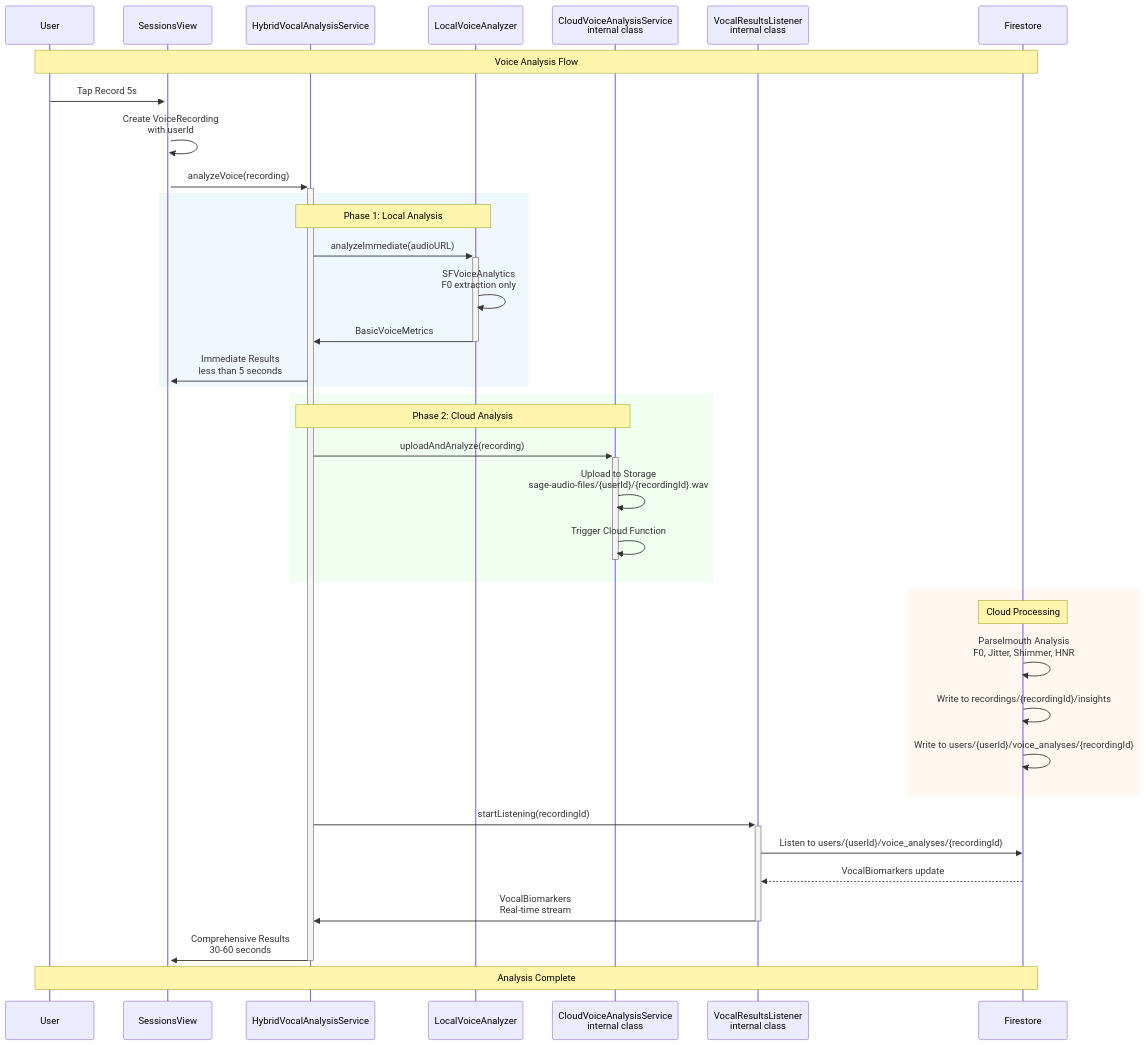
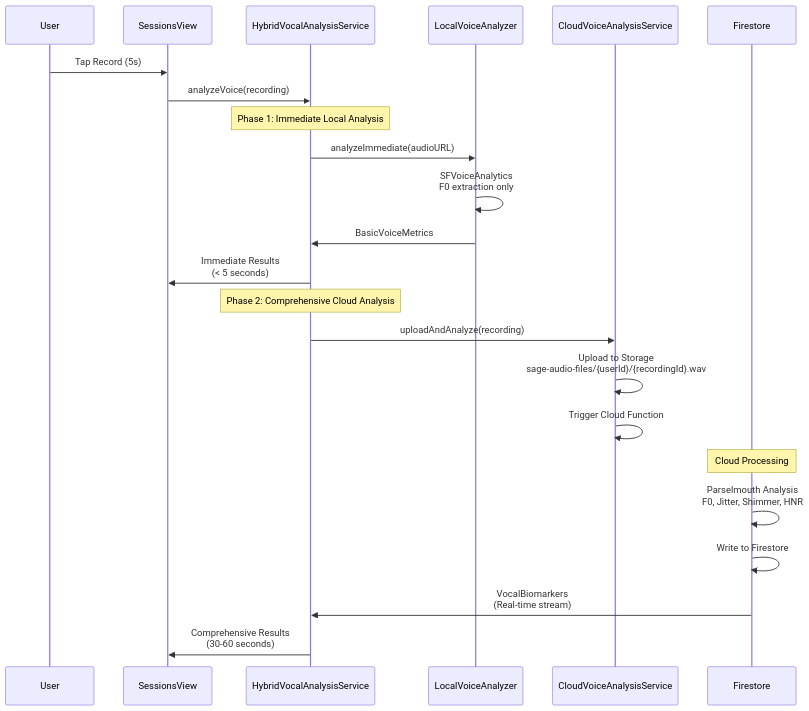
One commit to PoisonIvory/sage changed the second of 9 diagrams in ARCHITECTURE.md. Above: the diagram before and after it, drawn with Mermaid. The commit also changed other lines of this file, not shown here.

Commit message:
Streamline architecture documentation for executive clarity

````diff
--- a/ARCHITECTURE.md
+++ b/ARCHITECTURE.md
@@ -245,46 +52,29 @@
 ```mermaid
 sequenceDiagram
     participant U as User
-    participant S as SessionsView  
+    participant S as SessionsView
     participant H as HybridVocalAnalysisService
     participant L as LocalVoiceAnalyzer
-    participant C as CloudVoiceAnalysisService<br/>internal class
-    participant V as VocalResultsListener<br/>internal class
+    participant C as CloudVoiceAnalysisService
     participant F as Firestore
     
-    Note over U,F: Voice Analysis Flow
+    U->>S: Tap Record (5s)
+    S->>H: analyzeVoice(recording)
     
-    U->>+S: Tap Record 5s
-    S->>S: Create VoiceRecording<br/>with userId
-    S->>+H: analyzeVoice(recording)
+    Note over H: Phase 1: Immediate Local Analysis
+    H->>L: analyzeImmediate(audioURL)
+    L->>L: SFVoiceAnalytics<br/>F0 extraction only
+    L->>H: BasicVoiceMetrics
+    H->>S: Immediate Results<br/>(< 5 seconds)
     
-    rect rgb(240, 248, 255)
-        Note over H,L: Phase 1: Local Analysis
-        H->>+L: analyzeImmediate(audioURL)
-        L->>L: SFVoiceAnalytics<br/>F0 extraction only
-        L->>-H: BasicVoiceMetrics
-        H->>S: Immediate Results<br/>less than 5 seconds
-    end
+    Note over H: Phase 2: Comprehensive Cloud Analysis
+    H->>C: uploadAndAnalyze(recording)
+    C->>C: Upload to Storage<br/>sage-audio-files/{userId}/{recordingId}.wav
+    C->>C: Trigger Cloud Function
     
-    rect rgb(240, 255, 240)
-        Note over H,C: Phase 2: Cloud Analysis
-        H->>+C: uploadAndAnalyze(recording)
-        C->>C: Upload to Storage<br/>sage-audio-files/{userId}/{recordingId}.wav
-        C->>-C: Trigger Cloud Function
-    end
-    
-    rect rgb(255, 248, 240)
-        Note over F: Cloud Processing
-        F->>F: Parselmouth Analysis<br/>F0, Jitter, Shimmer, HNR
-        F->>F: Write to recordings/{recordingId}/insights
-        F->>F: Write to users/{userId}/voice_analyses/{recordingId}
-    end
-    
-    H->>+V: startListening(recordingId)
-    V->>F: Listen to users/{userId}/voice_analyses/{recordingId}
-    F-->>V: VocalBiomarkers update
-    V->>-H: VocalBiomarkers<br/>Real-time stream
-    H->>-S: Comprehensive Results<br/>30-60 seconds
-    
-    Note over U,F: Analysis Complete
+    Note over F: Cloud Processing
+    F->>F: Parselmouth Analysis<br/>F0, Jitter, Shimmer, HNR
+    F->>F: Write to Firestore
+    F->>H: VocalBiomarkers<br/>(Real-time stream)
+    H->>S: Comprehensive Results<br/>(30-60 seconds)
 ```
````
